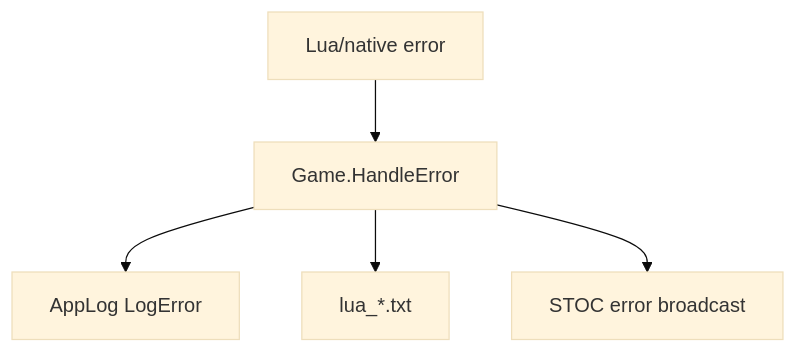
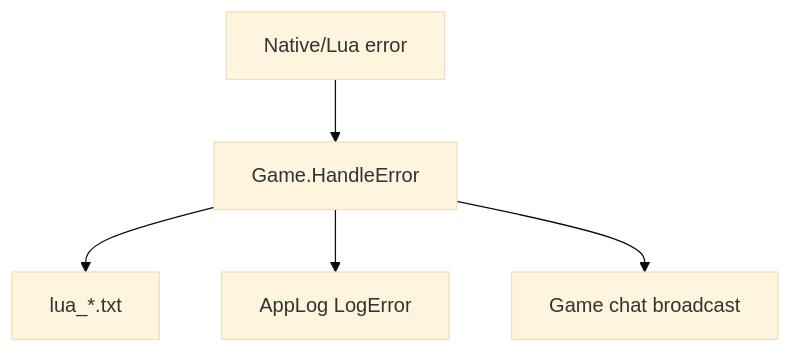
The sixth of 6 diagrams in docs/call-flow.md (ZerxZ/YGOProSharp), drawn with Mermaid (base theme) before and after one commit. The commit also changed other lines of this file and 130 other files, not shown here.

````diff
--- a/docs/call-flow.md
+++ b/docs/call-flow.md
@@ -97,7 +115,7 @@
 ```mermaid
 flowchart TD
-    NativeErr[Lua/native error] --> GameError[Game.HandleError]
-    GameError --> Log[AppLog LogError]
-    GameError --> File[lua_*.txt]
-    GameError --> Broadcast[STOC error broadcast]
+    Error[Native/Lua error] --> GameHandle[Game.HandleError]
+    GameHandle --> File[lua_*.txt]
+    GameHandle --> Log[AppLog LogError]
+    GameHandle --> Broadcast[Game chat broadcast]
 ```
````
